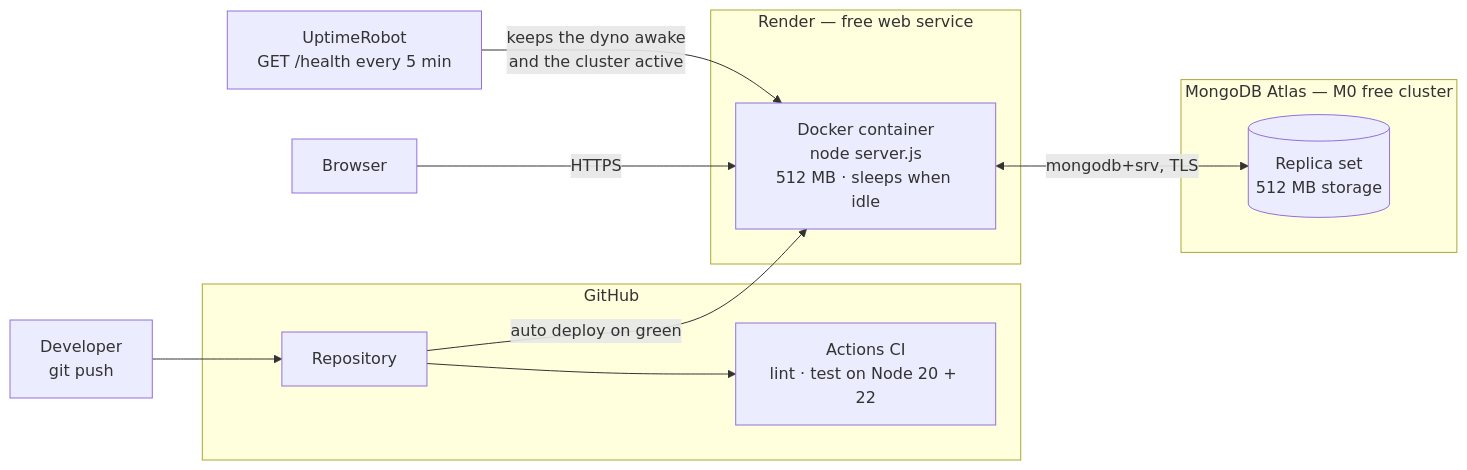
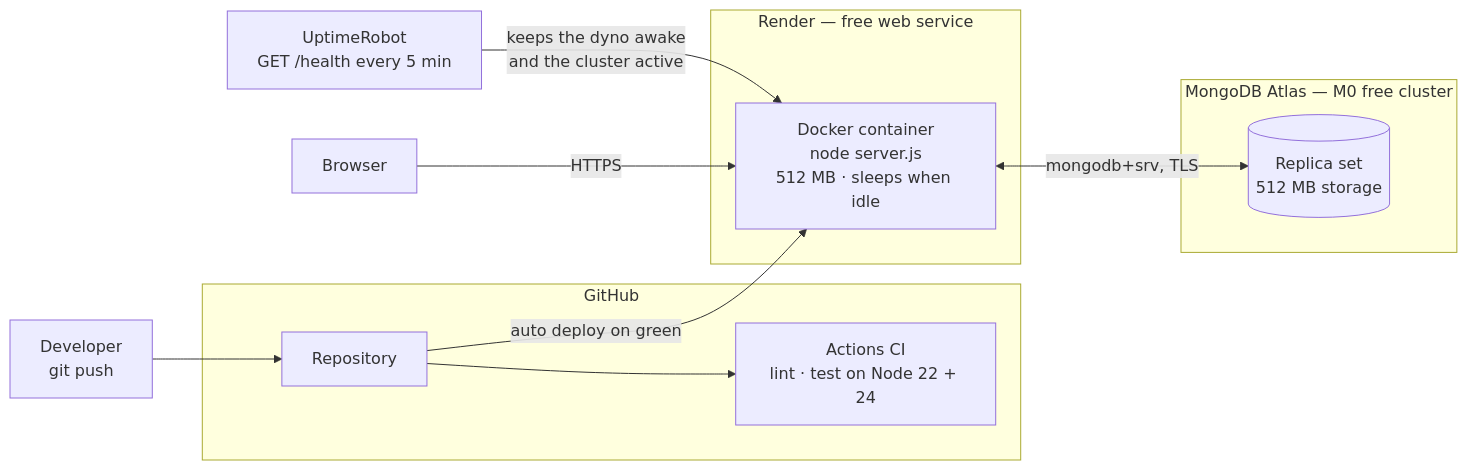
The fourth of 16 diagrams in docs/ARCHITECTURE.md (VivekReddy2001/shopping_cart), drawn with Mermaid before and after one commit. The commit also changed other lines of this file and 10 other files, not shown here.

````diff
--- a/docs/ARCHITECTURE.md
+++ b/docs/ARCHITECTURE.md
@@ -169,25 +169,25 @@
 ```mermaid
 flowchart LR
     Dev["Developer<br/>git push"]
     subgraph GH["GitHub"]
         Repo["Repository"]
-        CI["Actions CI<br/>lint · test on Node 20 + 22"]
+        CI["Actions CI<br/>lint · test on Node 22 + 24"]
     end
 
     subgraph Render["Render — free web service"]
         Web["Docker container<br/>node server.js<br/>512 MB · sleeps when idle"]
     end
 
     subgraph Atlas["MongoDB Atlas — M0 free cluster"]
         Mongo[("Replica set<br/>512 MB storage")]
     end
 
     UR["UptimeRobot<br/>GET /health every 5 min"]
     User["Browser"]
 
     Dev --> Repo --> CI
     Repo -->|auto deploy on green| Web
     Web <-->|"mongodb+srv, TLS"| Mongo
     UR -->|keeps the dyno awake<br/>and the cluster active| Web
     User -->|HTTPS| Web
 ```
````
